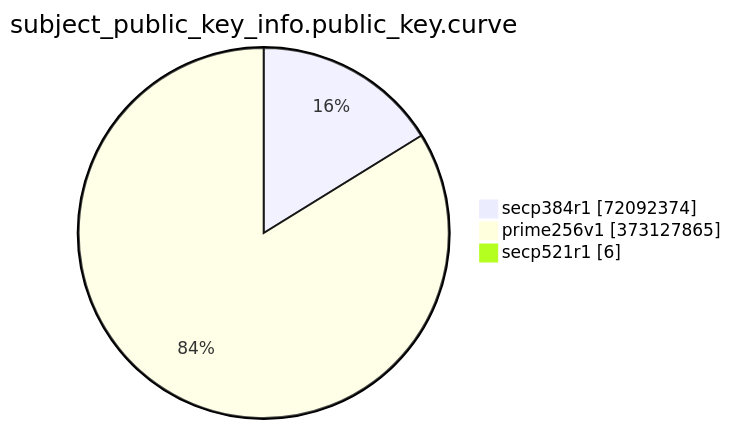
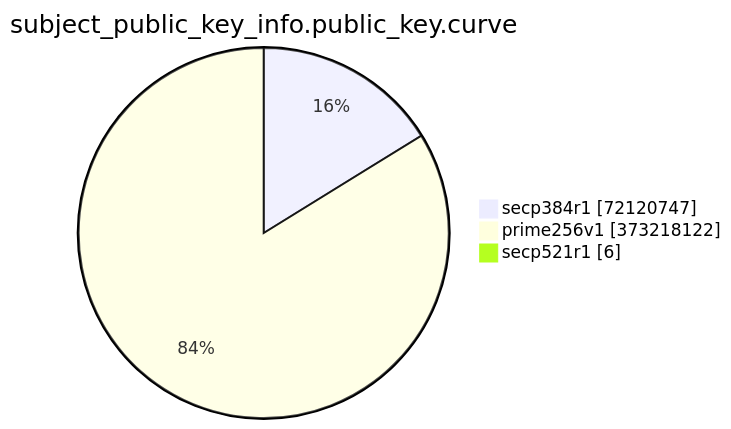
The eighth of 15 diagrams in TOTAL/README.md (christiankrug/ctmonitor_visualization), drawn with Mermaid before and after one commit. The commit also changed other lines of this file, not shown here.

````diff
--- a/TOTAL/README.md
+++ b/TOTAL/README.md
@@ -3094,7 +3094,7 @@
 ```mermaid
 pie showData
 title subject_public_key_info.public_key.curve
-"secp384r1" :72092374
-"prime256v1" :373127865
+"secp384r1" :72120747
+"prime256v1" :373218122
 "secp521r1" :6
 ```
````
